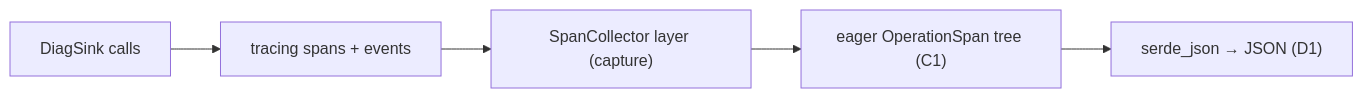
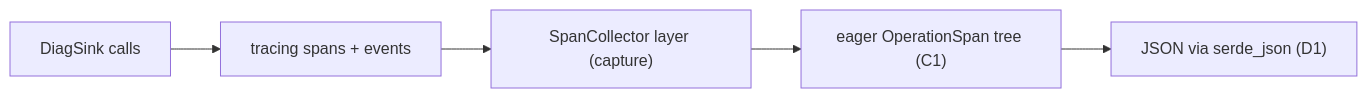
One commit to NaluTripician/azure-sdk-for-rust changed the first of 3 diagrams in DIAGNOSTICS-POC-REPORT.md. Above: the diagram before and after it, drawn with Mermaid. The commit also changed other lines of this file, not shown here.

First line of the commit message:
Rename combos to descriptive names; fix mermaid labels

````diff
--- a/DIAGNOSTICS-POC-REPORT.md
+++ b/DIAGNOSTICS-POC-REPORT.md
@@ -154,7 +155,7 @@
 ```mermaid
 flowchart LR
   D[DiagSink calls] --> S["tracing spans + events"]
   S --> L["SpanCollector layer (capture)"]
   L --> O["eager OperationSpan tree (C1)"]
-  O --> J["serde_json → JSON (D1)"]
+  O --> J["JSON via serde_json (D1)"]
 ```
````
